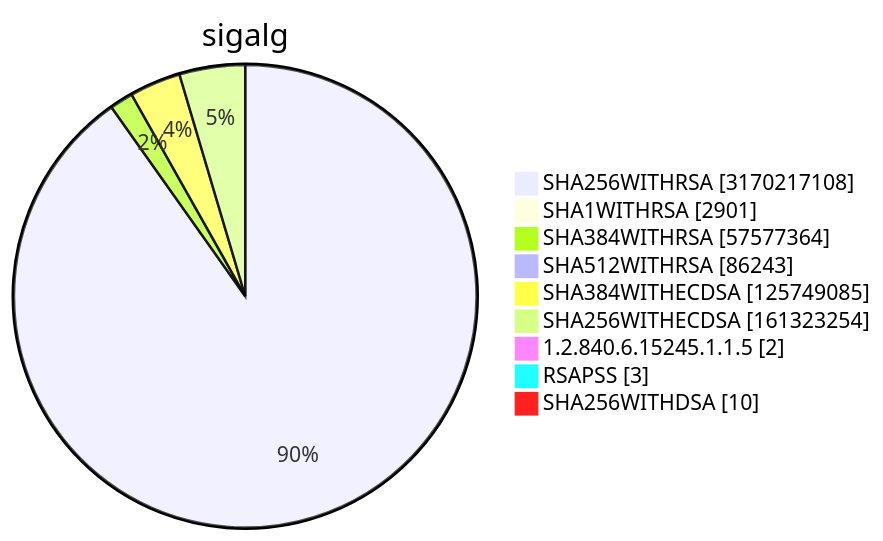
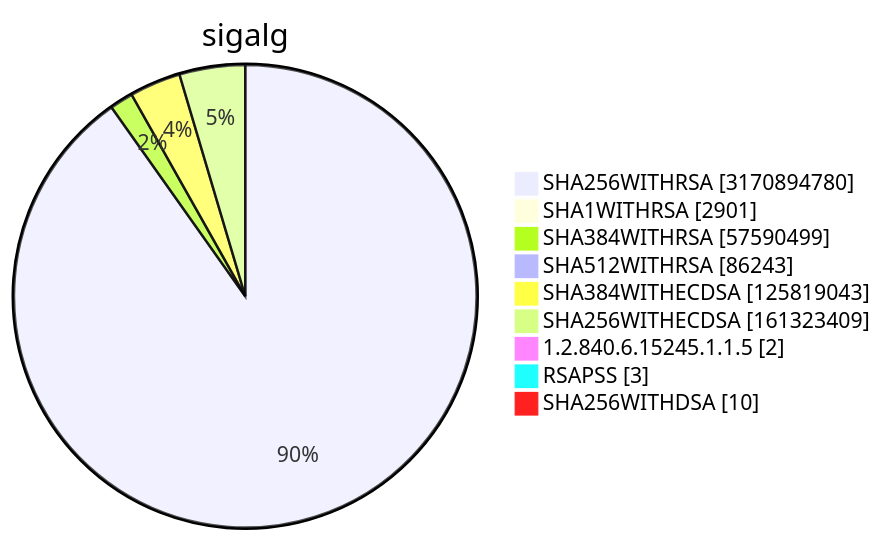
One commit to christiankrug/ctmonitor_visualization changed diagram 15 of 15 in TOTAL/README.md. Above: the diagram before and after it, drawn with Mermaid. The commit also changed other lines of this file, not shown here.

````diff
--- a/TOTAL/README.md
+++ b/TOTAL/README.md
@@ -6215,13 +6215,13 @@
 ```mermaid
 pie showData
 title sigalg
-"SHA256WITHRSA" :3170217108
+"SHA256WITHRSA" :3170894780
 "SHA1WITHRSA" :2901
-"SHA384WITHRSA" :57577364
+"SHA384WITHRSA" :57590499
 "SHA512WITHRSA" :86243
-"SHA384WITHECDSA" :125749085
-"SHA256WITHECDSA" :161323254
+"SHA384WITHECDSA" :125819043
+"SHA256WITHECDSA" :161323409
 "1.2.840.6.15245.1.1.5" :2
 "RSAPSS" :3
 "SHA256WITHDSA" :10
 ```
````
